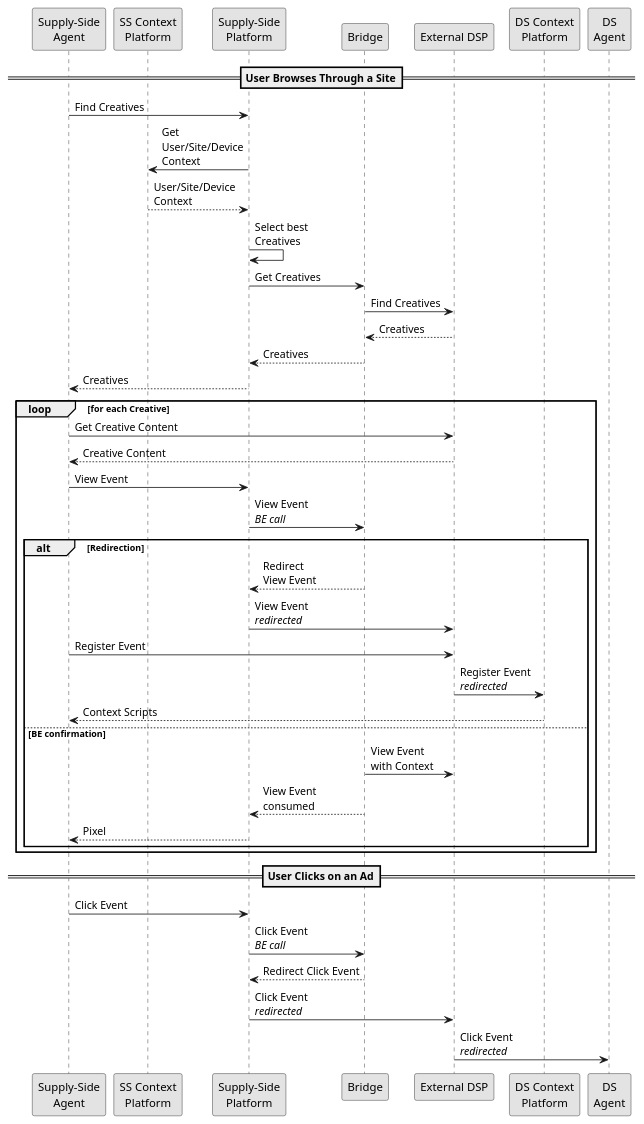
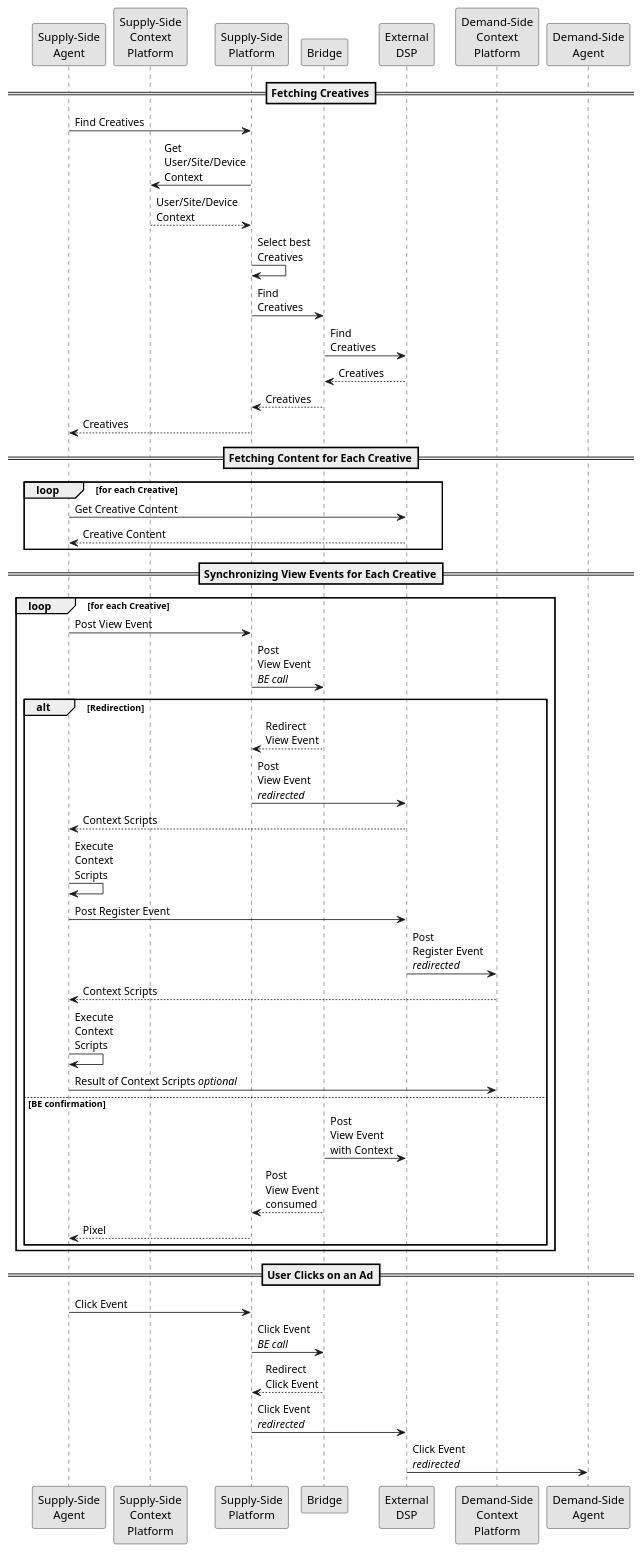
One commit to adshares/adshares-docs changed the diagram in adserver/dsp-integration.rst. Above: the diagram before and after it, drawn with PlantUML.

Commit message:
Do not use misleading abbreviation (#25)
* Do not user misleading abbreviations

* update actions

```diff
--- a/adserver/dsp-integration.rst
+++ b/adserver/dsp-integration.rst
@@ -52,53 +52,64 @@
 .. uml::
     :align: center
 
     skinparam monochrome true
 
-    participant "Supply-Side\nAgent"      as SSA
-    participant "SS Context\nPlatform"    as SSCP
-    participant "Supply-Side\nPlatform"   as SSP
-    participant "Bridge"                  as B
-    participant "External DSP"            as EDSP
-    participant "DS Context\nPlatform"    as DSCP
-    participant "DS\nAgent"               as DSA
+    participant "Supply-Side\nAgent"             as SSA
+    participant "Supply-Side\nContext\nPlatform" as SSCP
+    participant "Supply-Side\nPlatform"          as SSP
+    participant "Bridge"                         as B
+    participant "External\nDSP"                  as EDSP
+    participant "Demand-Side\nContext\nPlatform" as DSCP
+    participant "Demand-Side\nAgent"             as DSA
 
-    ==User Browses Through a Site==
+    ==Fetching Creatives==
 
     SSA ->   SSP  : Find Creatives
     SSP ->   SSCP : Get\nUser/Site/Device\nContext
     SSCP --> SSP  : User/Site/Device\nContext
     SSP ->   SSP  : Select best\nCreatives
 
-    SSP  ->  B    : Get Creatives
-    B    ->  EDSP : Find Creatives
+    SSP  ->  B    : Find\nCreatives
+    B    ->  EDSP : Find\nCreatives
     EDSP --> B    : Creatives
     B    --> SSP  : Creatives
     SSP  --> SSA  : Creatives
 
+    ==Fetching Content for Each Creative==
+
     loop for each Creative
         SSA  ->  EDSP : Get Creative Content
         EDSP --> SSA  : Creative Content
-        SSA  -> SSP   : View Event
-        SSP  -> B     : View Event\n//BE call//
+    end
+
+    ==Synchronizing View Events for Each Creative==
+
+    loop for each Creative
+        SSA  -> SSP   : Post View Event
+        SSP  -> B     : Post\nView Event\n//BE call//
         
         alt Redirection
             B    --> SSP  : Redirect\nView Event
-            SSP  ->  EDSP : View Event\n//redirected//
-            SSA  ->  EDSP : Register Event
-            EDSP ->  DSCP : Register Event\n//redirected//
+            SSP  ->  EDSP : Post\nView Event\n//redirected//
+            EDSP --> SSA  : Context Scripts
+            SSA  ->  SSA  : Execute\nContext\nScripts
+            SSA  ->  EDSP : Post Register Event
+            EDSP ->  DSCP : Post\nRegister Event\n//redirected//
             DSCP --> SSA  : Context Scripts
+            SSA  ->  SSA  : Execute\nContext\nScripts
+            SSA  ->  DSCP : Result of Context Scripts //optional//
         else BE confirmation
-            B   ->  EDSP : View Event\nwith Context
-            B   --> SSP  : View Event\nconsumed
+            B   ->  EDSP : Post\nView Event\nwith Context
+            B   --> SSP  : Post\nView Event\nconsumed
             SSP --> SSA  : Pixel
         end
 
     end
     
     ==User Clicks on an Ad==
 
     SSA  ->  SSP  : Click Event
     SSP  ->  B    : Click Event\n//BE call//
-    B    --> SSP  : Redirect Click Event
+    B    --> SSP  : Redirect\nClick Event
     SSP  ->  EDSP : Click Event\n//redirected//
     EDSP ->  DSA  : Click Event\n//redirected//
```
